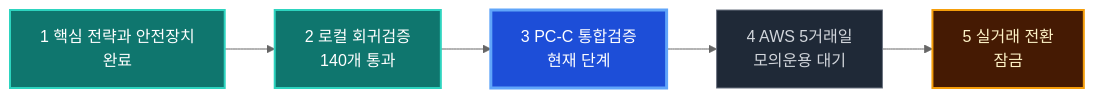
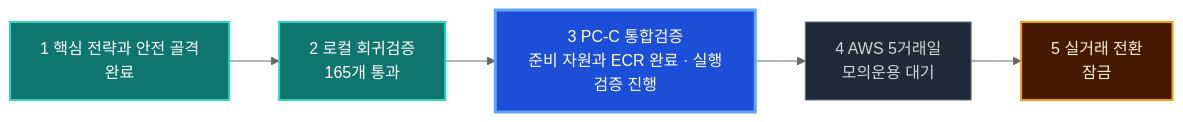
Before and after one commit to azsu3598/auto: the first of 2 diagrams in README.md, drawn with Mermaid (neutral theme). The commit also changed other lines of this file and 9 other files, not shown here.

````diff
--- a/README.md
+++ b/README.md
@@ -40,16 +51,16 @@
 ```mermaid
 flowchart LR
-    A[1 핵심 전략과 안전장치<br/>완료] --> B[2 로컬 회귀검증<br/>140개 통과]
-    B --> C[3 PC-C 통합검증<br/>현재 단계]
+    A[1 핵심 전략과 안전 골격<br/>완료] --> B[2 로컬 회귀검증<br/>165개 통과]
+    B --> C[3 PC-C 통합검증<br/>준비 자원과 ECR 완료 · 실행검증 진행]
     C --> D[4 AWS 5거래일<br/>모의운용 대기]
     D --> E[5 실거래 전환<br/>잠금]
 
     classDef done fill:#0f766e,color:#ffffff,stroke:#2dd4bf,stroke-width:2px;
     classDef active fill:#1d4ed8,color:#ffffff,stroke:#60a5fa,stroke-width:3px;
     classDef pending fill:#1f2937,color:#d1d5db,stroke:#6b7280,stroke-width:1px;
     classDef locked fill:#451a03,color:#fef3c7,stroke:#f59e0b,stroke-width:2px;
     class A,B done;
     class C active;
     class D pending;
     class E locked;
 ```
````
